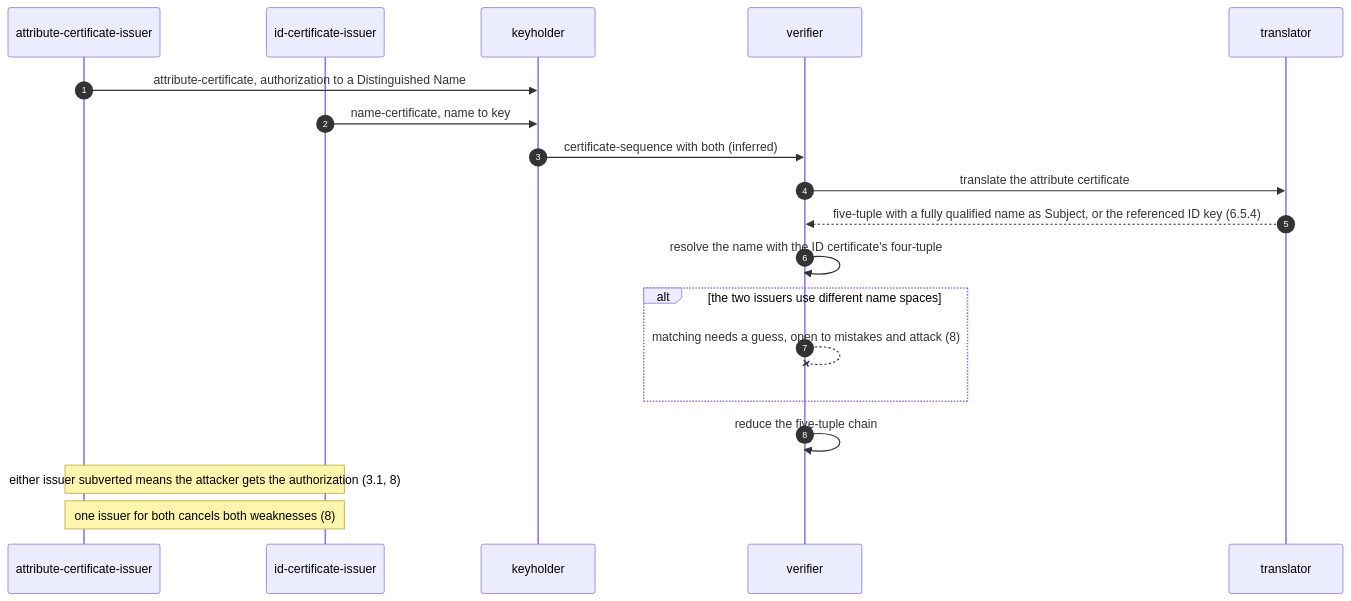
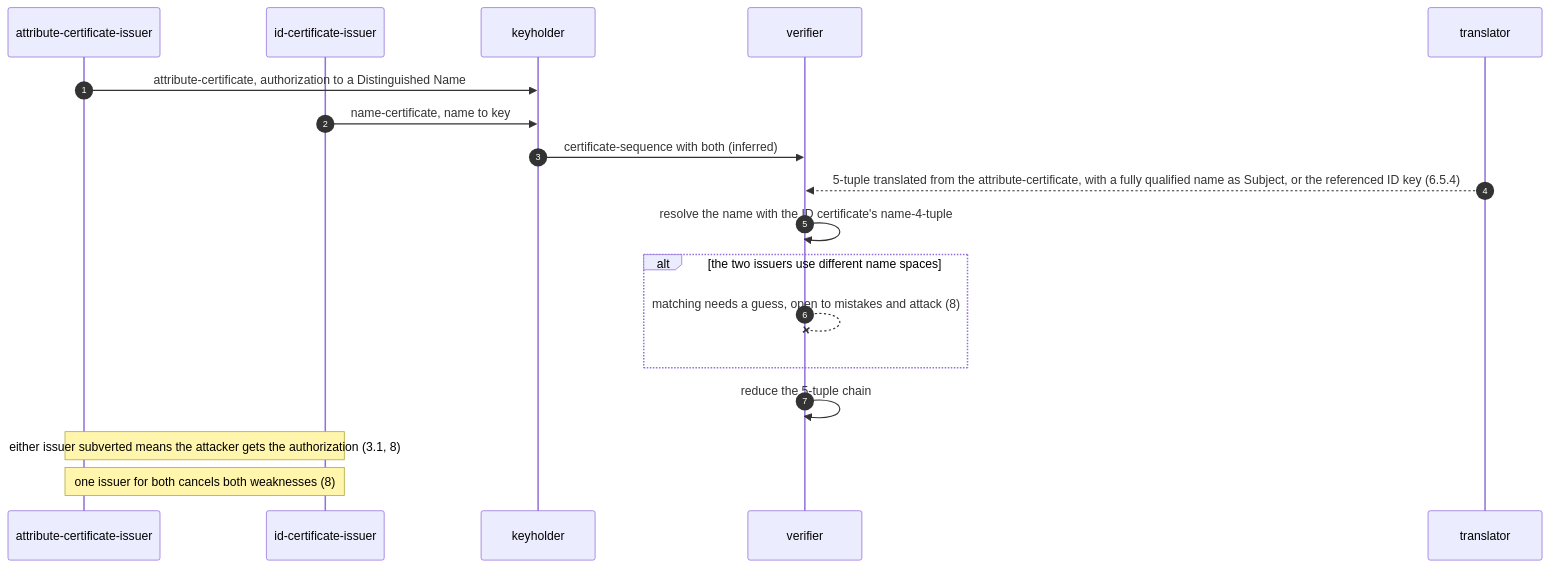
One commit to m-of-n/library changed the tenth of 25 diagrams in records/ietf/rfc-2693/distilled/protocol.md. Above: the diagram before and after it, drawn with Mermaid. The commit also changed other lines of this file and 8 other files, not shown here.

````diff
--- a/records/ietf/rfc-2693/distilled/protocol.md
+++ b/records/ietf/rfc-2693/distilled/protocol.md
@@ -409,21 +406,20 @@
 ```mermaid
 sequenceDiagram
   autonumber
   participant AA as attribute-certificate-issuer
   participant NA as id-certificate-issuer
   participant K as keyholder
   participant V as verifier
   participant T as translator
   AA->>K: attribute-certificate, authorization to a Distinguished Name
   NA->>K: name-certificate, name to key
   K->>V: certificate-sequence with both (inferred)
-  V->>T: translate the attribute certificate
-  T-->>V: five-tuple with a fully qualified name as Subject, or the referenced ID key (6.5.4)
-  V->>V: resolve the name with the ID certificate's four-tuple
+  T-->>V: 5-tuple translated from the attribute-certificate, with a fully qualified name as Subject, or the referenced ID key (6.5.4)
+  V->>V: resolve the name with the ID certificate's name-4-tuple
   alt the two issuers use different name spaces
     V--xV: matching needs a guess, open to mistakes and attack (8)
   end
-  V->>V: reduce the five-tuple chain
+  V->>V: reduce the 5-tuple chain
   Note over AA,NA: either issuer subverted means the attacker gets the authorization (3.1, 8)
   Note over AA,NA: one issuer for both cancels both weaknesses (8)
 ```
````
